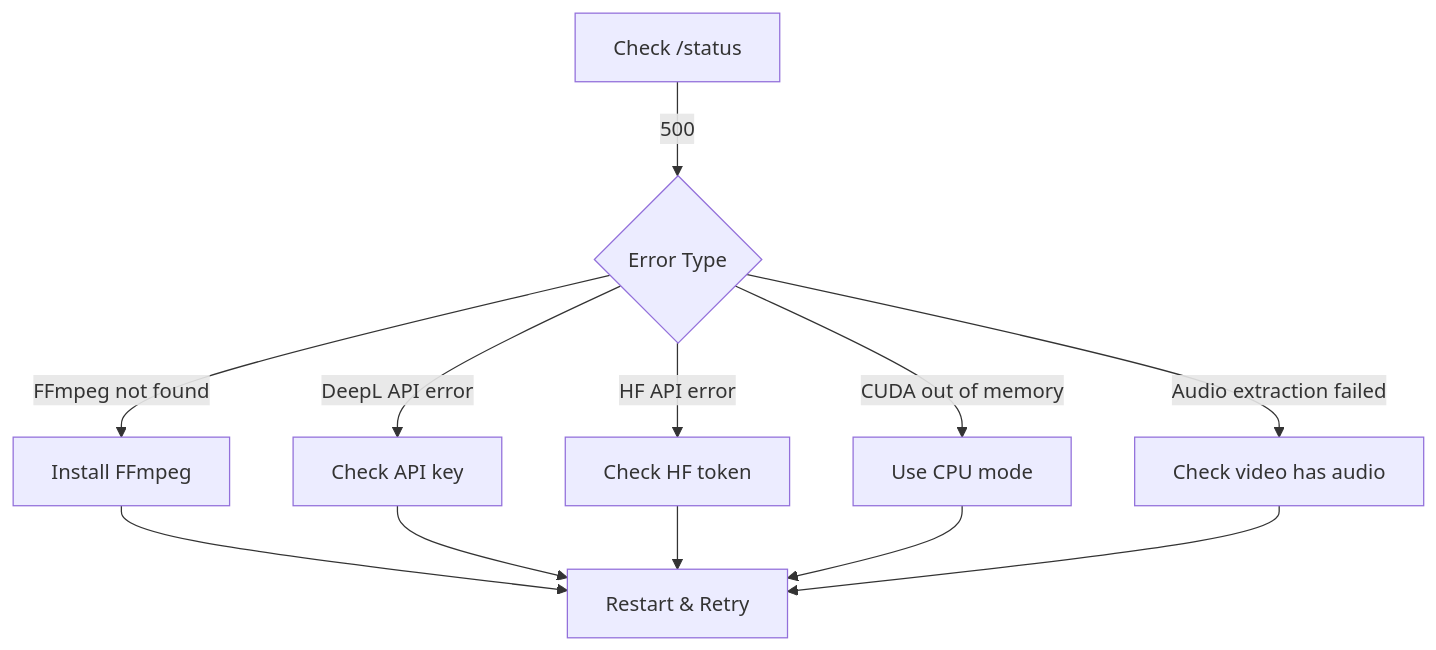
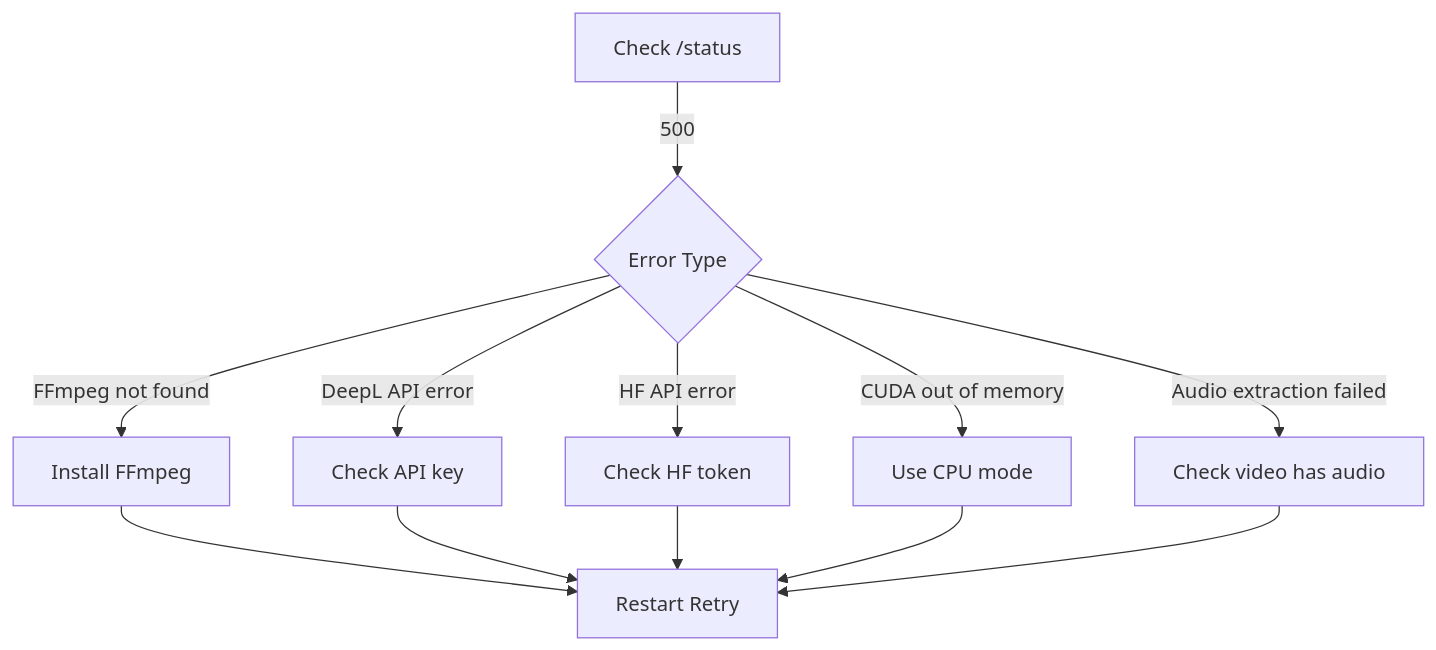
The second of 3 diagrams in mkdocs/docs/api/errors.md (dapakyuu/Interview_Assesment_System), drawn with Mermaid before and after one commit. The commit also changed other lines of this file and 7 other files, not shown here.

````diff
--- a/mkdocs/docs/api/errors.md
+++ b/mkdocs/docs/api/errors.md
@@ -758,14 +758,14 @@
 ```mermaid
 graph TD
-    A[Check /status] -->|500| B{Error Type}
-    B -->|FFmpeg not found| C[Install FFmpeg]
-    B -->|DeepL API error| D[Check API key]
-    B -->|HF API error| E[Check HF token]
-    B -->|CUDA out of memory| F[Use CPU mode]
-    B -->|Audio extraction failed| G[Check video has audio]
-    C --> H[Restart & Retry]
+    A["Check /status"] -->|"500"| B{"Error Type"}
+    B -->|"FFmpeg not found"| C["Install FFmpeg"]
+    B -->|"DeepL API error"| D["Check API key"]
+    B -->|"HF API error"| E["Check HF token"]
+    B -->|"CUDA out of memory"| F["Use CPU mode"]
+    B -->|"Audio extraction failed"| G["Check video has audio"]
+    C --> H["Restart Retry"]
     D --> H
     E --> H
     F --> H
     G --> H
 ```
````
